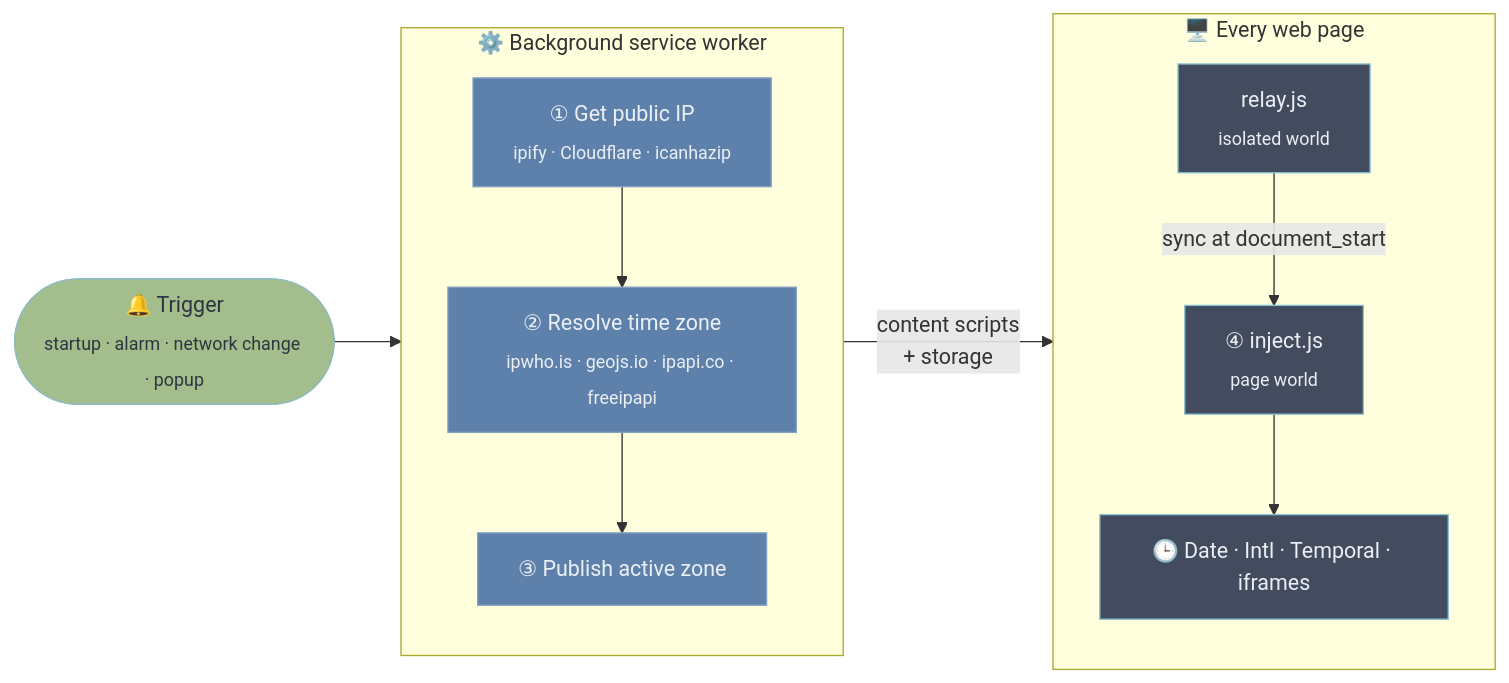
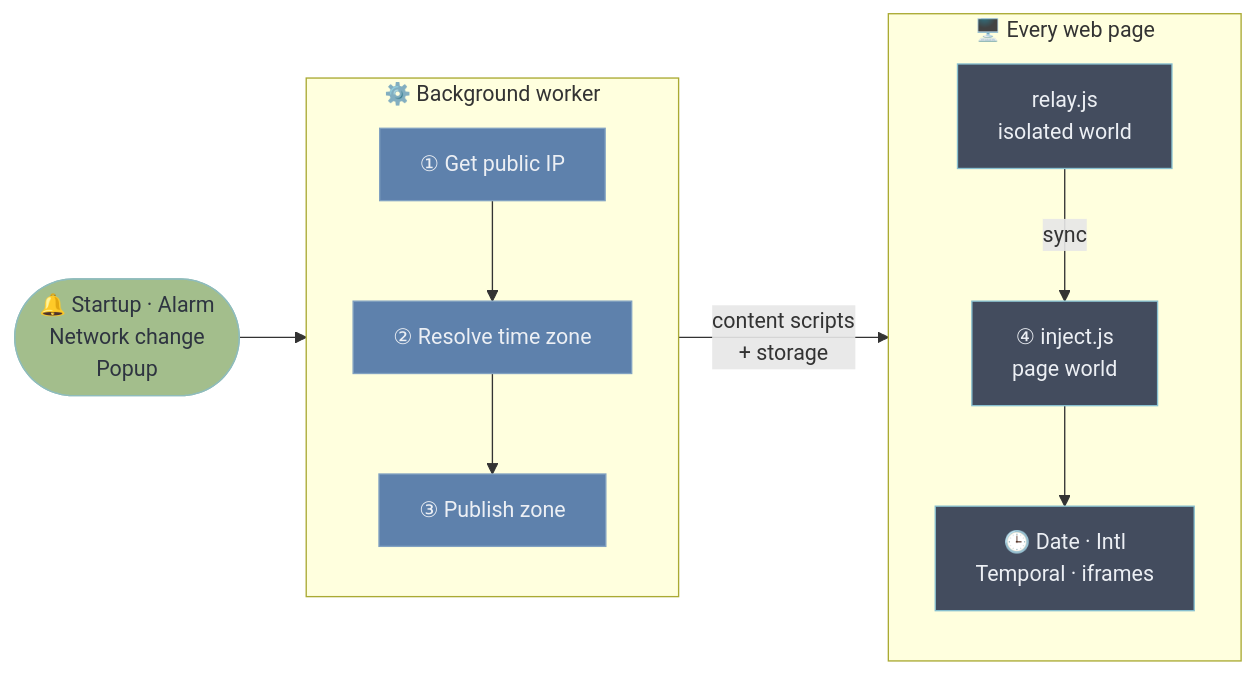
One commit to LeerBox/NordTime changed the diagram in README.md. Above: the diagram before and after it, drawn with Mermaid. The commit also changed other lines of this file, not shown here.

Commit message:
docs: tidy diagram labels

````diff
--- a/README.md
+++ b/README.md
@@ -64,30 +64,30 @@
 ```mermaid
 flowchart LR
-    T(["🔔 Trigger<br/><sub>startup · alarm · network change · popup</sub>"])
+    T(["🔔 Startup · Alarm<br/>Network change<br/>Popup"])
 
-    subgraph BG["⚙️ Background service worker"]
+    subgraph BG["⚙️ Background worker"]
         direction TB
-        IP["① Get public IP<br/><sub>ipify · Cloudflare · icanhazip</sub>"]
-        GEO["② Resolve time zone<br/><sub>ipwho.is · geojs.io · ipapi.co · freeipapi</sub>"]
-        PUB["③ Publish active zone"]
+        IP["① Get public IP"]
+        GEO["② Resolve time zone"]
+        PUB["③ Publish zone"]
         IP --> GEO --> PUB
     end
 
     subgraph PAGE["🖥️ Every web page"]
         direction TB
-        RELAY["relay.js<br/><sub>isolated world</sub>"]
-        INJECT["④ inject.js<br/><sub>page world</sub>"]
-        API["🕒 Date · Intl · Temporal · iframes"]
-        RELAY -- "sync at document_start" --> INJECT --> API
+        RELAY["relay.js<br/>isolated world"]
+        INJECT["④ inject.js<br/>page world"]
+        API["🕒 Date · Intl<br/>Temporal · iframes"]
+        RELAY -- "sync" --> INJECT --> API
     end
 
     T --> BG
     BG -- "content scripts<br/>+ storage" --> PAGE
 
     classDef step fill:#5E81AC,stroke:#81A1C1,color:#ECEFF4
     classDef page fill:#434C5E,stroke:#88C0D0,color:#ECEFF4
     classDef trigger fill:#A3BE8C,stroke:#8FBCBB,color:#2E3440
     class IP,GEO,PUB step
     class RELAY,INJECT,API page
     class T trigger
 ```
````
